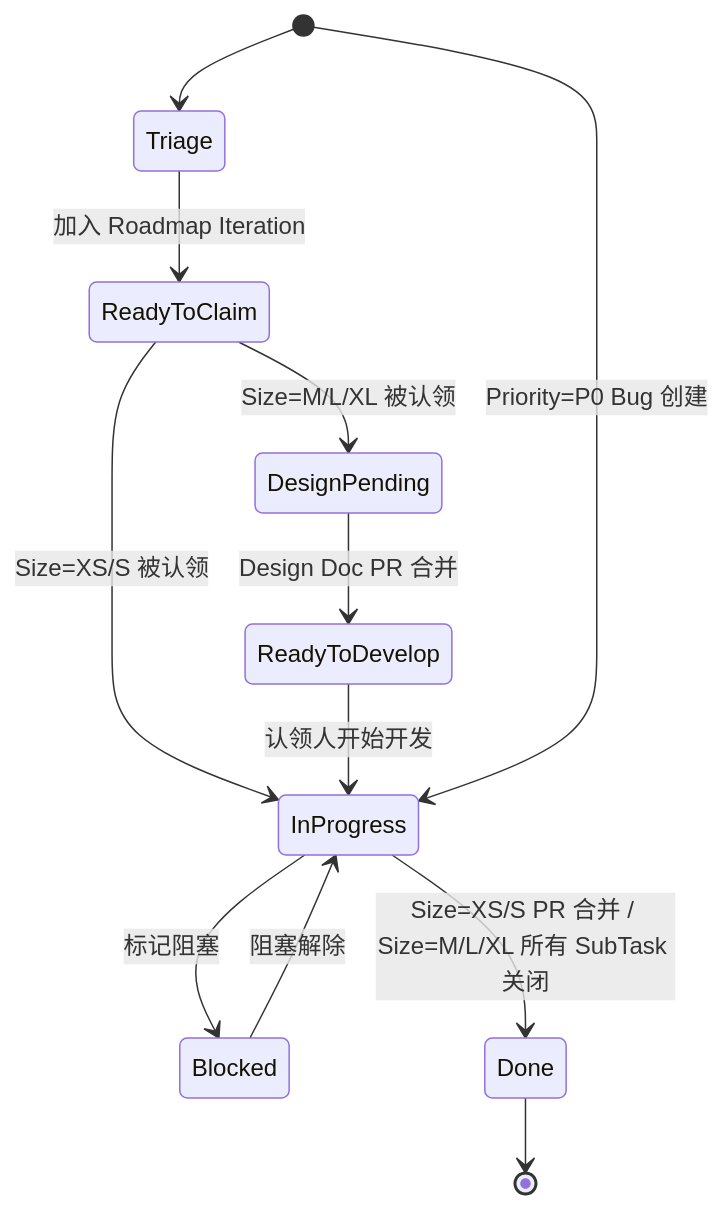
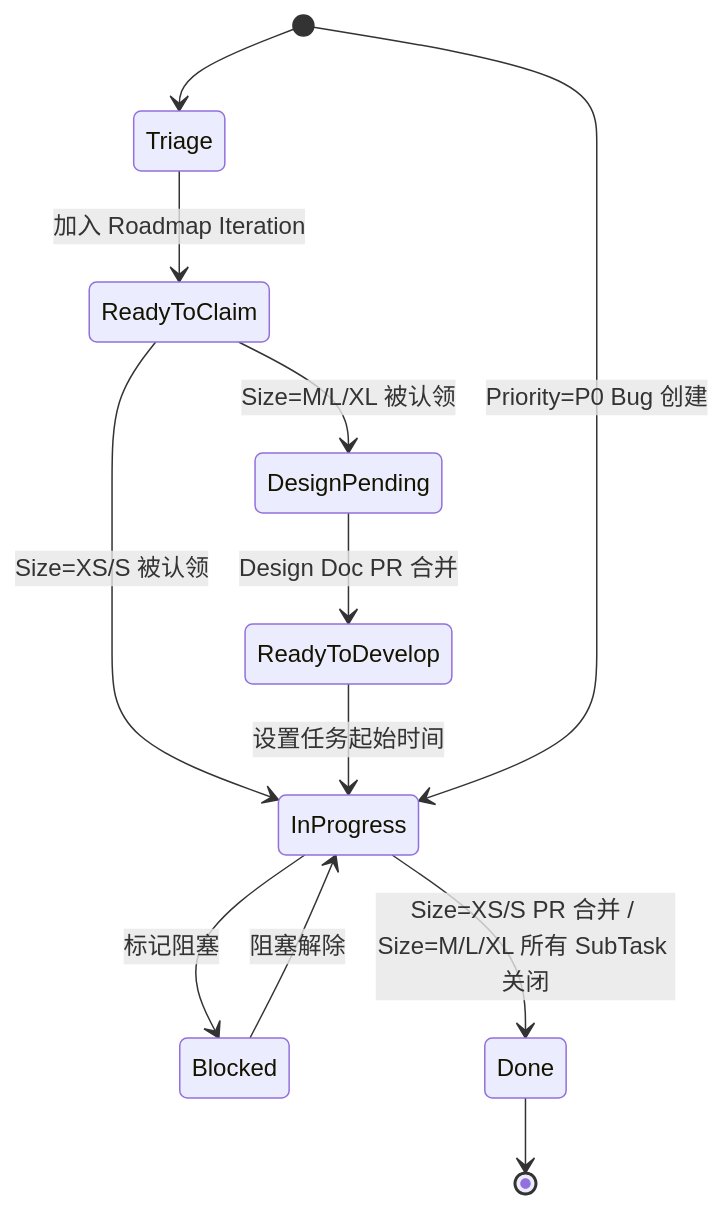
The second of 4 diagrams in docs/onboarding/project-management.md (primatrix/strix), drawn with Mermaid before and after one commit. The commit also changed other lines of this file, not shown here.

First line of the commit message:
docs(project-management): 以设置 Start date 触发 Ready to Develop → In Progress (#117)

````diff
--- a/docs/onboarding/project-management.md
+++ b/docs/onboarding/project-management.md
@@ -75,14 +75,14 @@
 ```mermaid
 stateDiagram-v2
     [*] --> Triage
     Triage --> ReadyToClaim : 加入 Roadmap Iteration
     ReadyToClaim --> DesignPending : Size=M/L/XL 被认领
     ReadyToClaim --> InProgress : Size=XS/S 被认领
     DesignPending --> ReadyToDevelop : Design Doc PR 合并
-    ReadyToDevelop --> InProgress : 认领人开始开发
+    ReadyToDevelop --> InProgress : 设置任务起始时间
     InProgress --> Blocked : 标记阻塞
     Blocked --> InProgress : 阻塞解除
     InProgress --> Done : Size=XS/S PR 合并 / Size=M/L/XL 所有 SubTask 关闭
     [*] --> InProgress : Priority=P0 Bug 创建
     Done --> [*]
 ```
````
